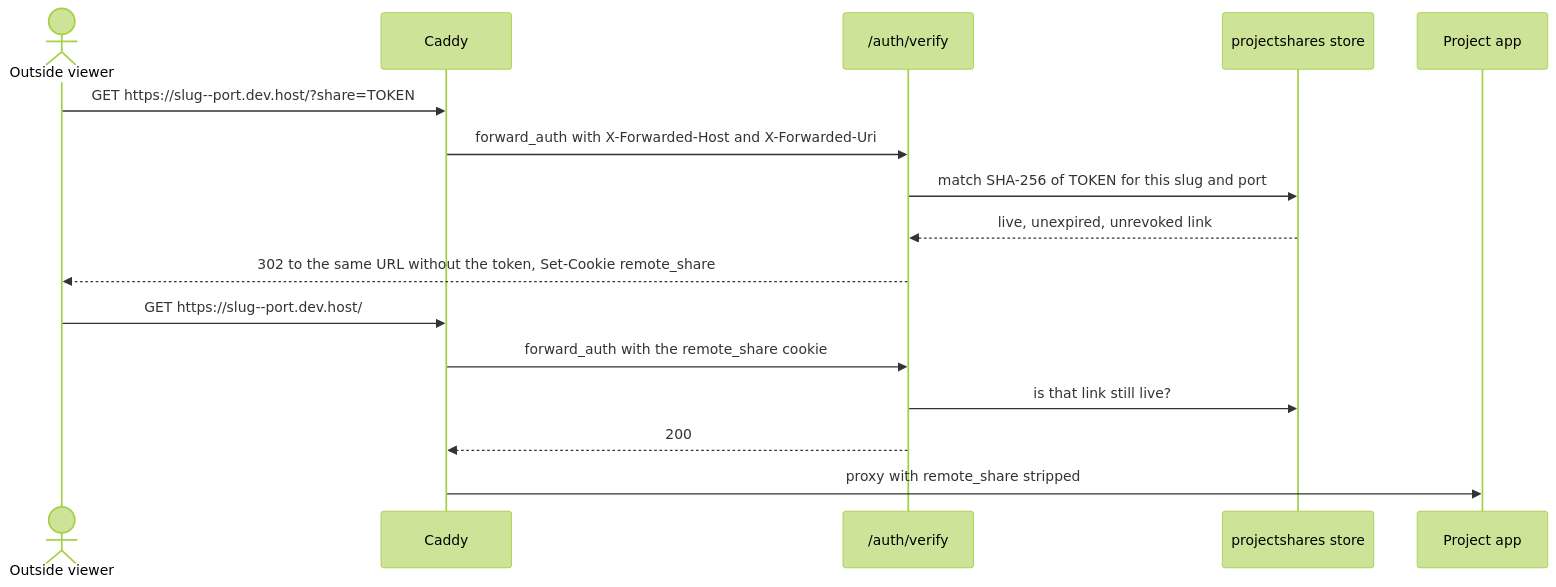
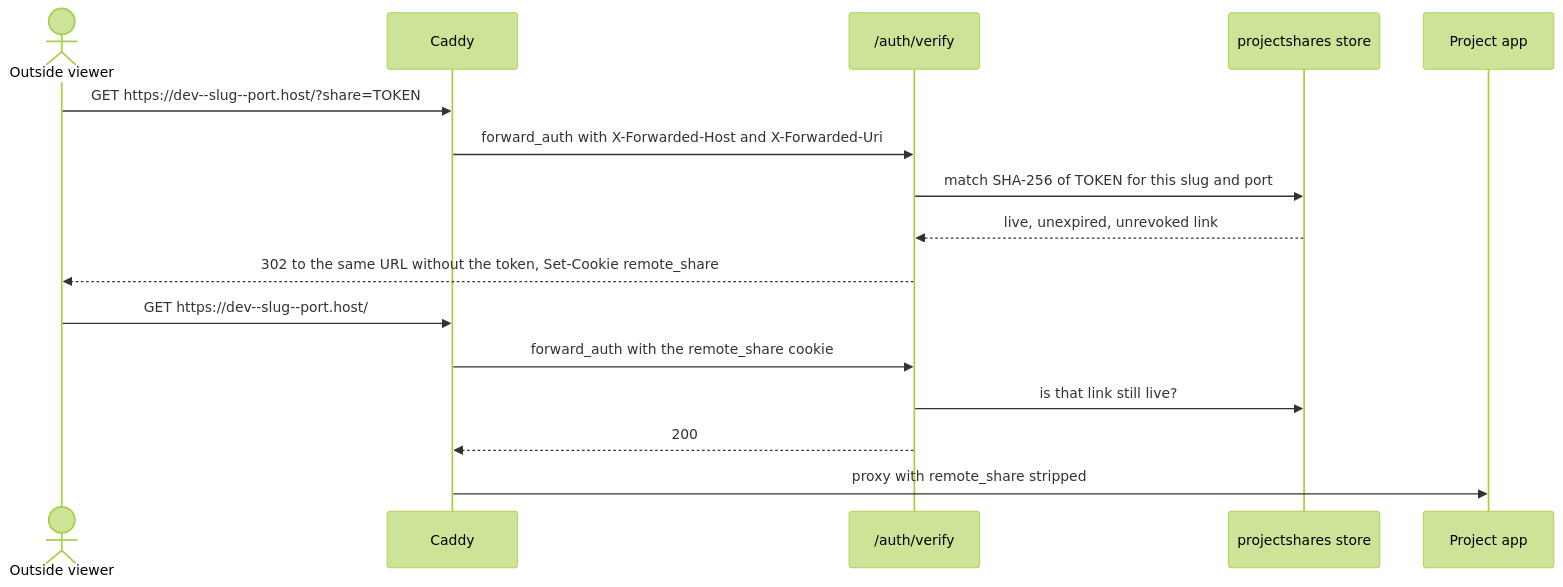
The second of 7 diagrams in docs/03-platform/06-previews-and-browser.md (AbdallahMohamedDotnet/remote.futrx), drawn with Mermaid (forest theme) before and after one commit. The commit also changed other lines of this file and 49 other files, not shown here.

````diff
--- a/docs/03-platform/06-previews-and-browser.md
+++ b/docs/03-platform/06-previews-and-browser.md
@@ -36,19 +36,19 @@
 ```mermaid
 sequenceDiagram
     actor Client as Outside viewer
     participant Caddy
     participant Verify as /auth/verify
     participant Store as projectshares store
     participant App as Project app
 
-    Client->>Caddy: GET https://slug--port.dev.host/?share=TOKEN
+    Client->>Caddy: GET https://dev--slug--port.host/?share=TOKEN
     Caddy->>Verify: forward_auth with X-Forwarded-Host and X-Forwarded-Uri
     Verify->>Store: match SHA-256 of TOKEN for this slug and port
     Store-->>Verify: live, unexpired, unrevoked link
     Verify-->>Client: 302 to the same URL without the token, Set-Cookie remote_share
-    Client->>Caddy: GET https://slug--port.dev.host/
+    Client->>Caddy: GET https://dev--slug--port.host/
     Caddy->>Verify: forward_auth with the remote_share cookie
     Verify->>Store: is that link still live?
     Verify-->>Caddy: 200
     Caddy->>App: proxy with remote_share stripped
 ```
````
